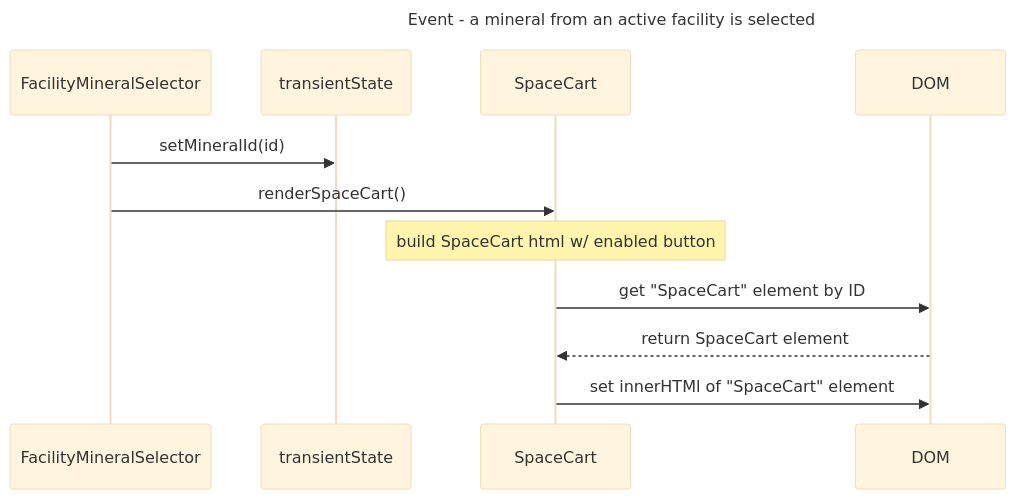
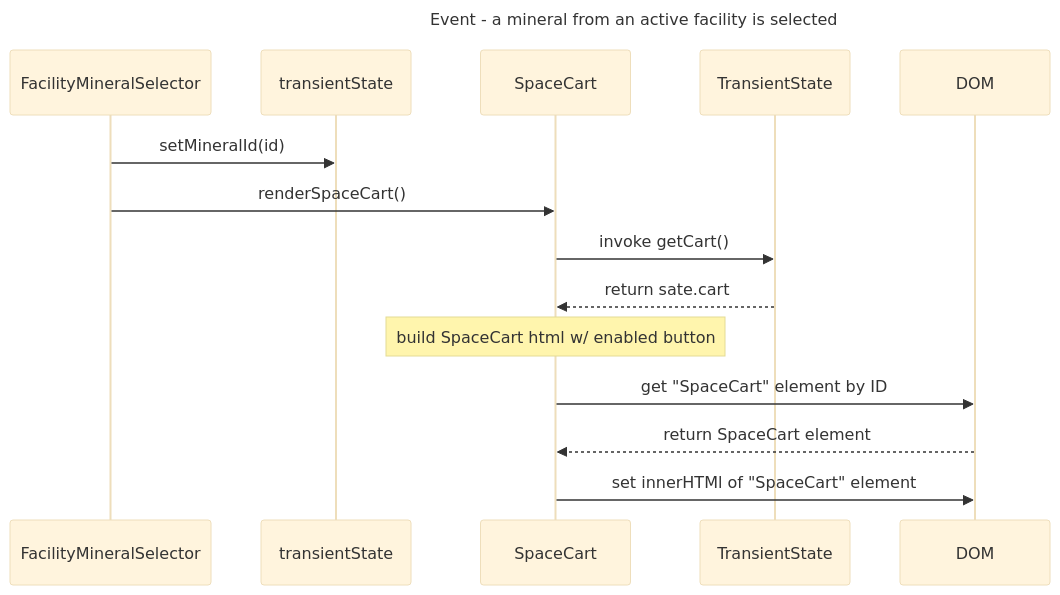
Before and after one commit to NSS-Day-Cohort-79/Exomine-client-pibikj: the fourth of 5 diagrams in sequenceDiagram.md, drawn with Mermaid (base theme). The commit also changed other lines of this file and 4 other files, not shown here.

Commit message:
Updated Notes and Sequence diagram to show planned changes - also added hackathon files from Greg

````diff
--- a/sequenceDiagram.md
+++ b/sequenceDiagram.md
@@ -129,14 +129,16 @@
 ``` mermaid
 
 sequenceDiagram
 
 Title: Event - a mineral from an active facility is selected
 
 FacilityMineralSelector->>transientState: setMineralId(id)
 FacilityMineralSelector->>SpaceCart: renderSpaceCart()
+SpaceCart->>TransientState: invoke getCart()
+TransientState-->>SpaceCart: return sate.cart
 note over SpaceCart: build SpaceCart html w/ enabled button
 SpaceCart->>DOM: get "SpaceCart" element by ID
 DOM-->>SpaceCart: return SpaceCart element
 SpaceCart->>DOM: set innerHTMl of "SpaceCart" element 
 
 ```
````
